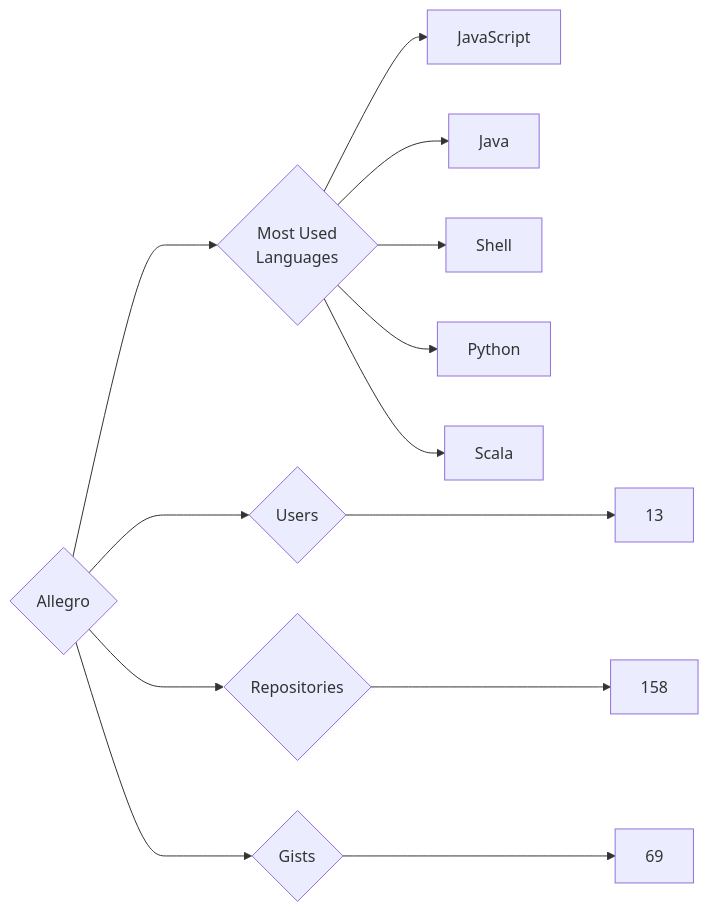
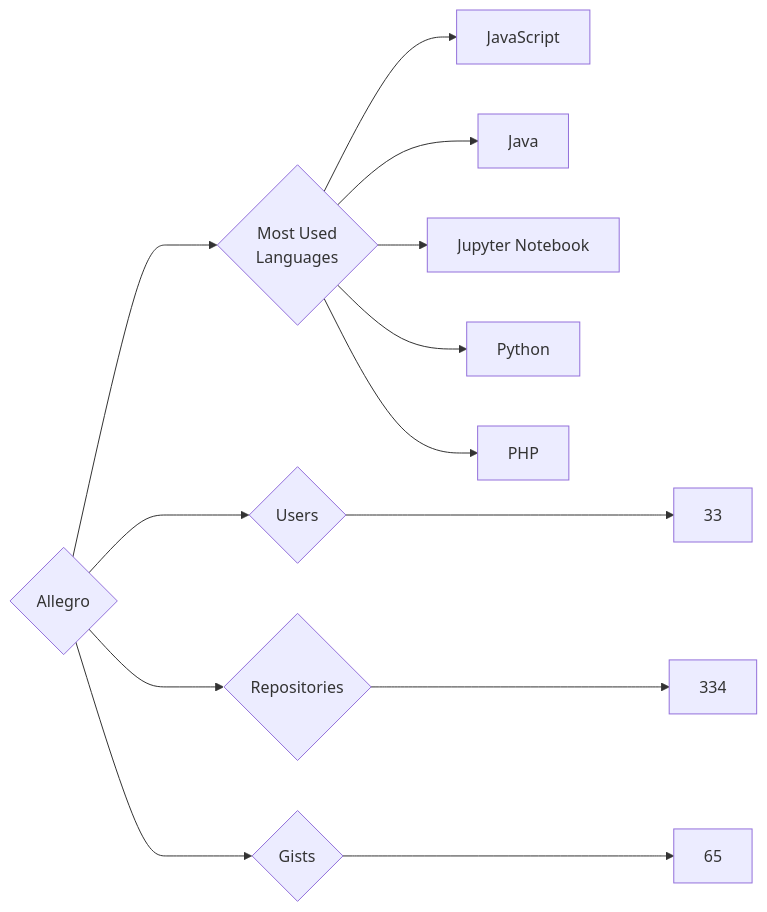
Before and after one commit to trickest/insiders: the diagram in targets/Allegro/README.md, drawn with Mermaid. The commit also changed 873 other files, not shown here.

````diff
--- a/targets/Allegro/README.md
+++ b/targets/Allegro/README.md
@@ -3,13 +3,13 @@
 ```mermaid
 graph LR
 COMPANY_NAME{Allegro}
-COMPANY_NAME ---> U{Users} ---> UN[13]
-COMPANY_NAME ---> R{Repositories} ---> RN[158]
-COMPANY_NAME ---> G{Gists} ---> GN[69]
+COMPANY_NAME ---> U{Users} ---> UN[33]
+COMPANY_NAME ---> R{Repositories} ---> RN[334]
+COMPANY_NAME ---> G{Gists} ---> GN[65]
 COMPANY_NAME ---> ML{Most Used<br>Languages}
 ML --> JavaScript[JavaScript]
 ML --> Java[Java]
-ML --> Shell[Shell]
+ML --> Jupyter_Notebook[Jupyter Notebook]
 ML --> Python[Python]
-ML --> Scala[Scala]
+ML --> PHP[PHP]
 ```
````
